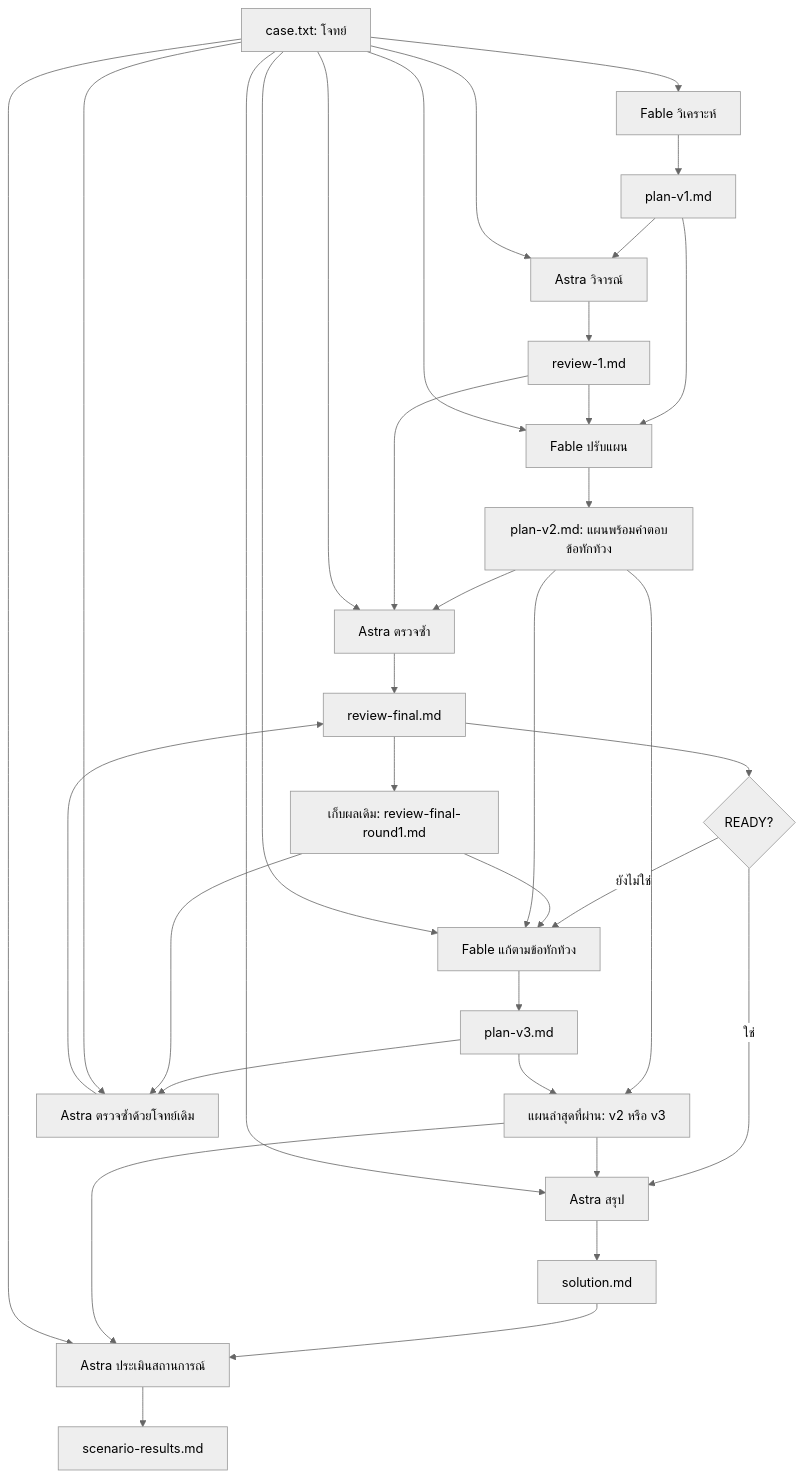
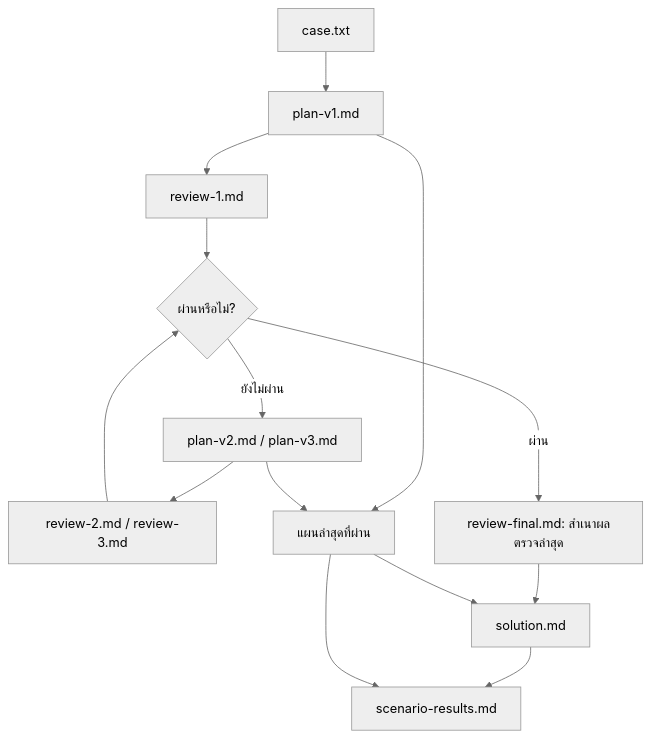
The second of 2 diagrams in A/001_LAB_Setup_Multi_Account/README.md (Tuchsanai/Teaching_CWN2026), drawn with Mermaid (neutral theme) before and after one commit. The commit also changed other lines of this file and 21 other files, not shown here.

````diff
--- a/A/001_LAB_Setup_Multi_Account/README.md
+++ b/A/001_LAB_Setup_Multi_Account/README.md
@@ -401,37 +441,16 @@
 ```mermaid
 flowchart TD
- C[case.txt: โจทย์] --> F1[Fable วิเคราะห์]
- F1 --> P1[plan-v1.md]
- P1 --> A1[Astra วิจารณ์]
- C --> A1
- A1 --> R1[review-1.md]
- P1 --> F2[Fable ปรับแผน]
- R1 --> F2
- C --> F2
- F2 --> P2[plan-v2.md: แผนพร้อมคำตอบข้อทักท้วง]
- P2 --> A2[Astra ตรวจซ้ำ]
- R1 --> A2
- C --> A2
- A2 --> RF[review-final.md]
- RF --> Gate{READY?}
- Gate -->|ใช่| A3[Astra สรุป]
- P2 --> Latest[แผนล่าสุดที่ผ่าน: v2 หรือ v3]
- Latest --> A3
- C --> A3
- A3 --> S[solution.md]
- S --> A4[Astra ประเมินสถานการณ์]
- Latest --> A4
- C --> A4
- A4 --> SR[scenario-results.md]
- Gate -->|ยังไม่ใช่| Fix[Fable แก้ตามข้อทักท้วง]
- RF --> Old[เก็บผลเดิม: review-final-round1.md]
- Old --> Fix
- P2 --> Fix
- C --> Fix
- Fix --> P3[plan-v3.md]
- P3 --> Again[Astra ตรวจซ้ำด้วยโจทย์เดิม]
- Old --> Again
- C --> Again
- Again --> RF
- P3 --> Latest
+ C[case.txt] --> P[plan-v1.md]
+ P --> R[review-1.md]
+ R --> G{ผ่านหรือไม่?}
+ G -->|ยังไม่ผ่าน| P2[plan-v2.md / plan-v3.md]
+ P2 --> R2[review-2.md / review-3.md]
+ R2 --> G
+ G -->|ผ่าน| RF[review-final.md: สำเนาผลตรวจล่าสุด]
+ RF --> S[solution.md]
+ P --> LP[แผนล่าสุดที่ผ่าน]
+ P2 --> LP
+ LP --> S
+ S --> T[scenario-results.md]
+ LP --> T
 ```
````
